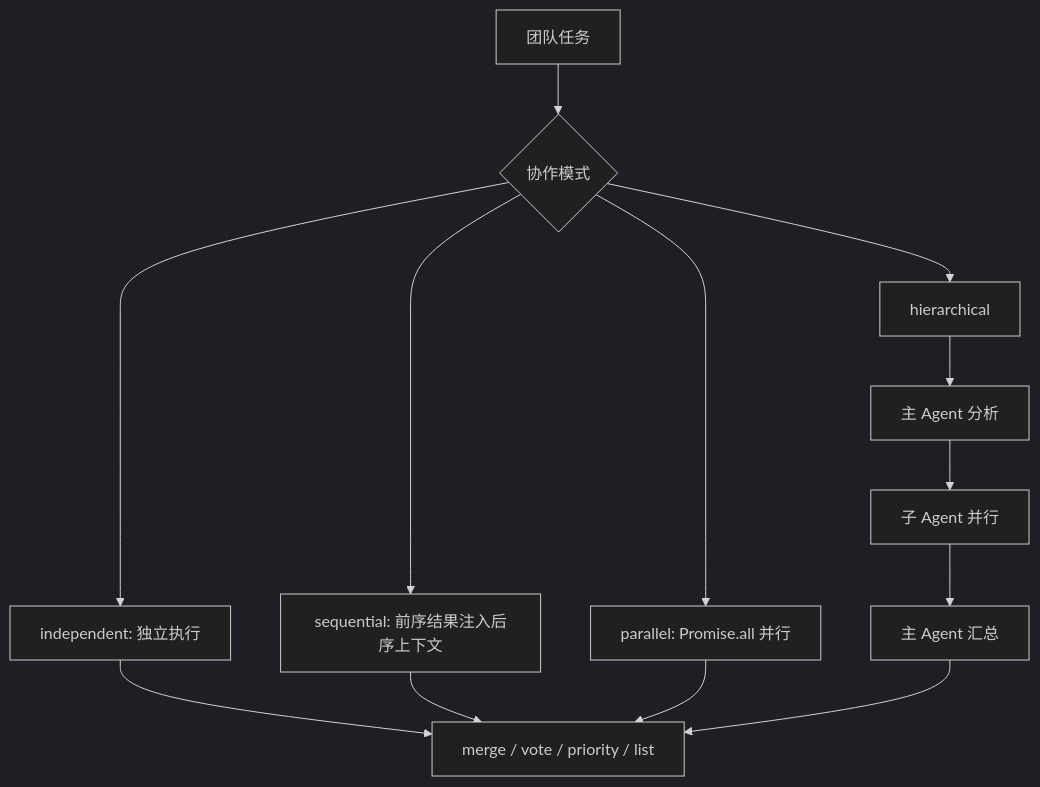
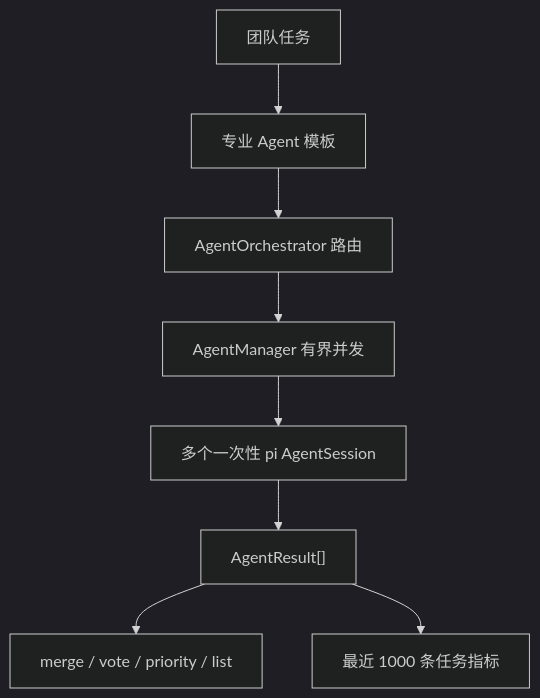
The sixth of 9 diagrams in docs/interview-guide.md (ReadNULL/Bumblebee), drawn with Mermaid (dark theme) before and after one commit. The commit also changed other lines of this file and 5 other files, not shown here.

````diff
--- a/docs/interview-guide.md
+++ b/docs/interview-guide.md
@@ -226,15 +489,10 @@
 ```mermaid
-flowchart TB
-    Task["团队任务"] --> Mode{"协作模式"}
-    Mode --> I["independent: 独立执行"]
-    Mode --> S["sequential: 前序结果注入后序上下文"]
-    Mode --> P["parallel: Promise.all 并行"]
-    Mode --> H["hierarchical"]
-    H --> HA["主 Agent 分析"]
-    HA --> HC["子 Agent 并行"]
-    HC --> HS["主 Agent 汇总"]
-    I --> Aggregate["merge / vote / priority / list"]
-    S --> Aggregate
-    P --> Aggregate
-    HS --> Aggregate
+flowchart TD
+    Request["团队任务"] --> Templates["专业 Agent 模板"]
+    Templates --> Orchestrator["AgentOrchestrator 路由"]
+    Orchestrator --> Manager["AgentManager 有界并发"]
+    Manager --> Sessions["多个一次性 pi AgentSession"]
+    Sessions --> Results["AgentResult[]"]
+    Results --> Aggregate["merge / vote / priority / list"]
+    Results --> Metrics["最近 1000 条任务指标"]
 ```
````
